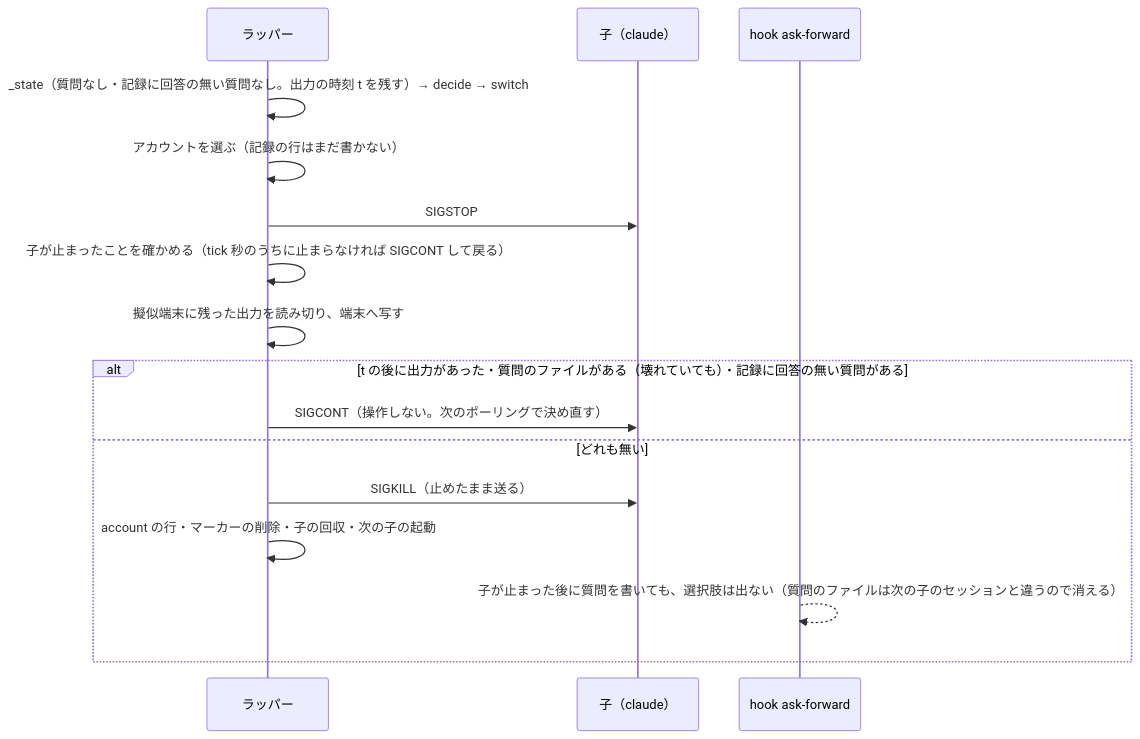
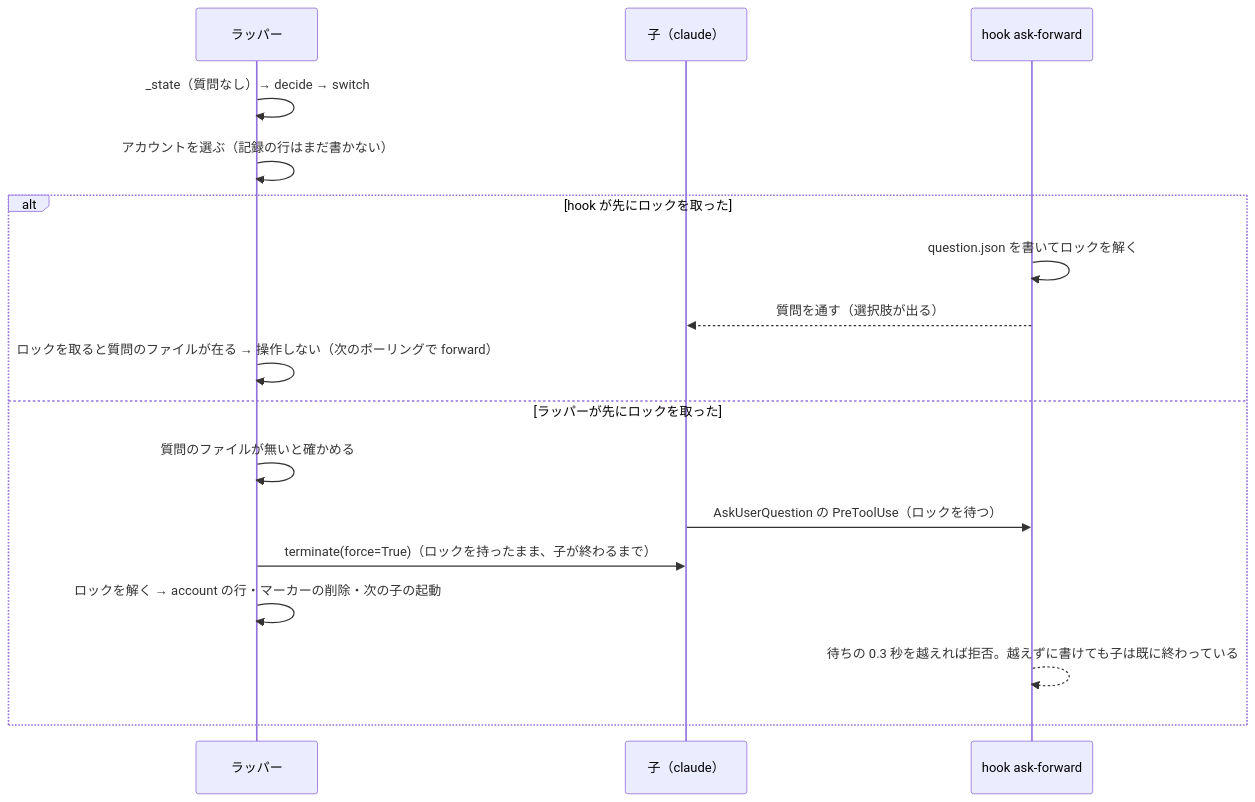
Before and after one commit to devbasex/ai-plugins: the fourth of 4 diagrams in issues/issue-3814-design.md, drawn with Mermaid. The commit also changed other lines of this file and 4 other files, not shown here.

````diff
--- a/issues/issue-3814-design.md
+++ b/issues/issue-3814-design.md
@@ -129,18 +133,19 @@
 ```mermaid
 sequenceDiagram
   participant W as ラッパー
   participant C as 子（claude）
   participant H as hook ask-forward
-  W->>W: _state（質問なし・記録に回答の無い質問なし。出力の時刻 t を残す）→ decide → switch
+  W->>W: _state（質問なし）→ decide → switch
   W->>W: アカウントを選ぶ（記録の行はまだ書かない）
-  W->>C: SIGSTOP
-  W->>W: 子が止まったことを確かめる（tick 秒のうちに止まらなければ SIGCONT して戻る）
-  W->>W: 擬似端末に残った出力を読み切り、端末へ写す
-  alt t の後に出力があった・質問のファイルがある（壊れていても）・記録に回答の無い質問がある
-    W->>C: SIGCONT（操作しない。次のポーリングで決め直す）
-  else どれも無い
-    W->>C: SIGKILL（止めたまま送る）
-    W->>W: account の行・マーカーの削除・子の回収・次の子の起動
-    H-->>H: 子が止まった後に質問を書いても、選択肢は出ない（質問のファイルは次の子のセッションと違うので消える）
+  alt hook が先にロックを取った
+    H->>H: question.json を書いてロックを解く
+    H-->>C: 質問を通す（選択肢が出る）
+    W->>W: ロックを取ると質問のファイルが在る → 操作しない（次のポーリングで forward）
+  else ラッパーが先にロックを取った
+    W->>W: 質問のファイルが無いと確かめる
+    C->>H: AskUserQuestion の PreToolUse（ロックを待つ）
+    W->>C: terminate(force=True)（ロックを持ったまま、子が終わるまで）
+    W->>W: ロックを解く → account の行・マーカーの削除・次の子の起動
+    H-->>H: 待ちの 0.3 秒を越えれば拒否。越えずに書けても子は既に終わっている
   end
 ```
````
